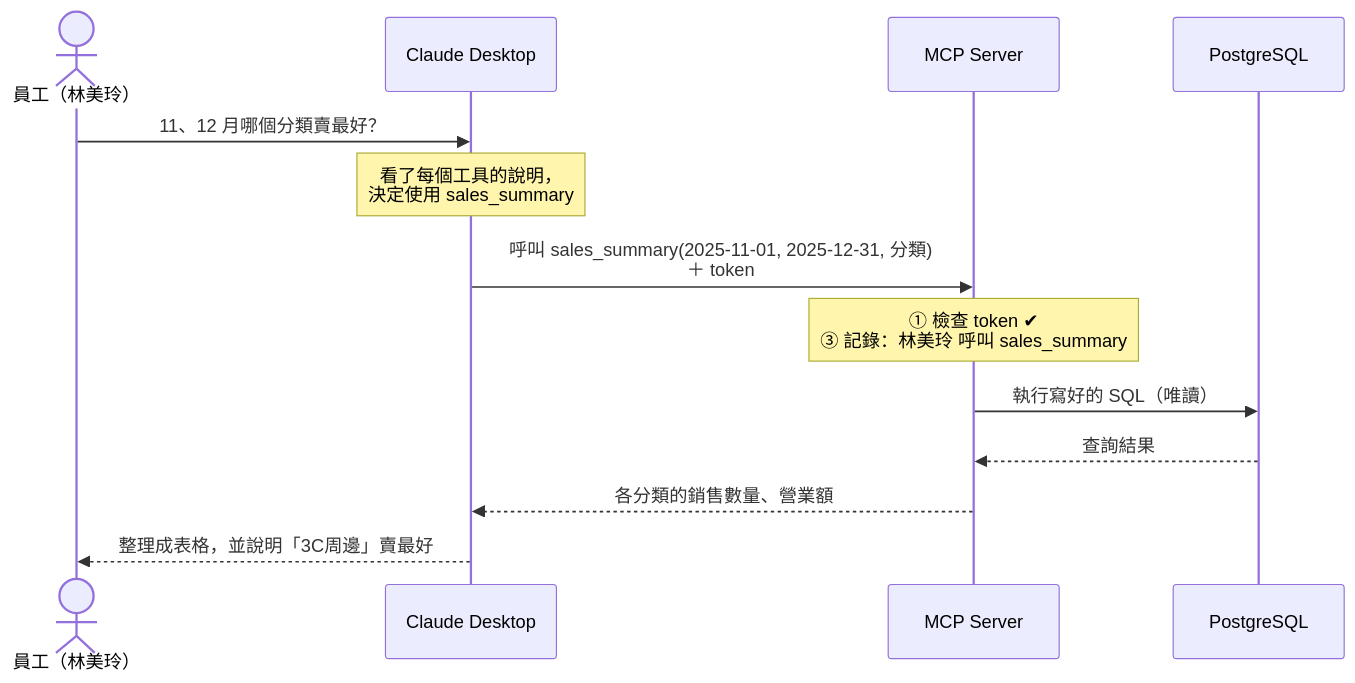
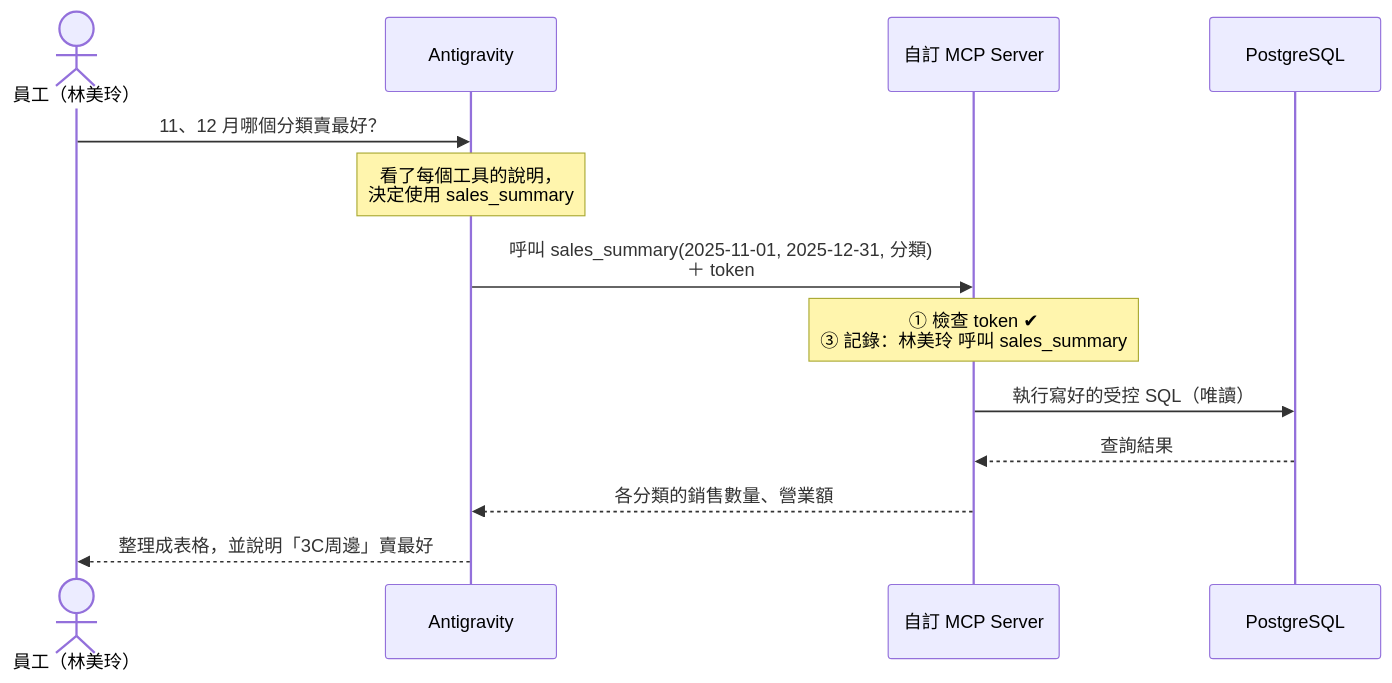
One commit to roberthsu2003/postgreSQL_MCP changed the first of 2 diagrams in mcp_server/README.md. Above: the diagram before and after it, drawn with Mermaid. The commit also changed other lines of this file and 28 other files, not shown here.

Commit message:
docs: add documentation for Raspberry Pi Docker setup, Supabase, and MCP configuration along with SQL course updates

````diff
--- a/mcp_server/README.md
+++ b/mcp_server/README.md
@@ -27,16 +30,16 @@
 ```mermaid
 sequenceDiagram
     actor 員工 as 員工（林美玲）
-    participant AI as Claude Desktop
-    participant MCP as MCP Server
+    participant AI as Antigravity
+    participant MCP as 自訂 MCP Server
     participant DB as PostgreSQL
 
     員工->>AI: 11、12 月哪個分類賣最好？
     Note over AI: 看了每個工具的說明，<br/>決定使用 sales_summary
     AI->>MCP: 呼叫 sales_summary(2025-11-01, 2025-12-31, 分類)<br/>＋ token
     Note over MCP: ① 檢查 token ✔<br/>③ 記錄：林美玲 呼叫 sales_summary
-    MCP->>DB: 執行寫好的 SQL（唯讀）
+    MCP->>DB: 執行寫好的受控 SQL（唯讀）
     DB-->>MCP: 查詢結果
     MCP-->>AI: 各分類的銷售數量、營業額
     AI-->>員工: 整理成表格，並說明「3C周邊」賣最好
 ```
````
